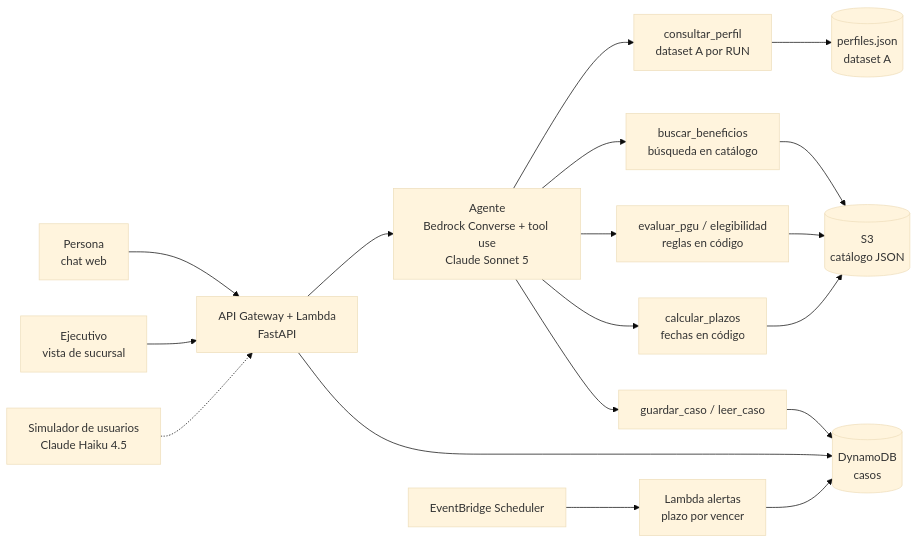
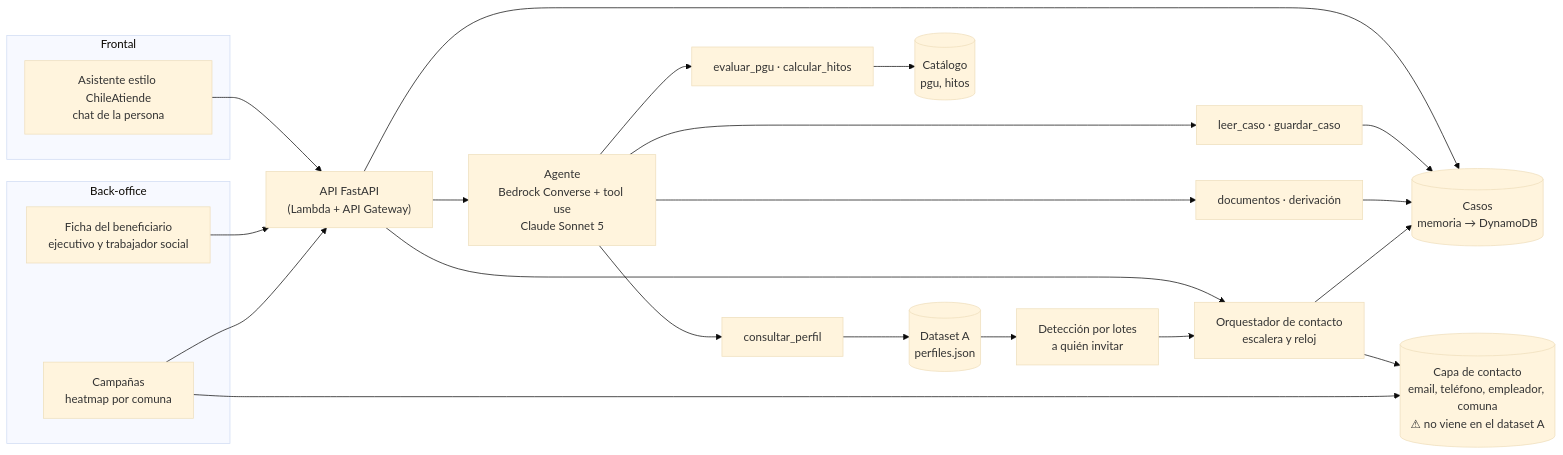
Before and after one commit to brunoponcem/hackaton-aws: the second of 2 diagrams in 20-arquitectura/arquitectura-chileatiende.md, drawn with Mermaid (base theme). The commit also changed other lines of this file and 6 other files, not shown here.

First line of the commit message:
Reestructurar idea central: asistente, contacto escalonado y heatmap

````diff
--- a/20-arquitectura/arquitectura-chileatiende.md
+++ b/20-arquitectura/arquitectura-chileatiende.md
@@ -11,20 +29,29 @@
 ```mermaid
 flowchart LR
-  P[Persona<br/>chat web] --> API
-  E[Ejecutivo<br/>vista de sucursal] --> API
-  API[API Gateway + Lambda<br/>FastAPI] --> AG[Agente<br/>Bedrock Converse + tool use<br/>Claude Sonnet 5]
-  AG --> T0[consultar_perfil<br/>dataset A por RUN]
-  T0 --> DS[(perfiles.json<br/>dataset A)]
-  AG --> T1[buscar_beneficios<br/>búsqueda en catálogo]
-  AG --> T2[evaluar_pgu / elegibilidad<br/>reglas en código]
-  AG --> T3[calcular_plazos<br/>fechas en código]
-  AG --> T4[guardar_caso / leer_caso]
-  T1 --> CAT[(S3<br/>catálogo JSON)]
-  T2 --> CAT
-  T3 --> CAT
-  T4 --> DB[(DynamoDB<br/>casos)]
-  API --> DB
-  SCH[EventBridge Scheduler] --> AL[Lambda alertas<br/>plazo por vencer]
-  AL --> DB
-  SIM[Simulador de usuarios<br/>Claude Haiku 4.5] -.-> API
+  subgraph Frontal
+    P["Asistente estilo ChileAtiende<br/>chat de la persona"]
+  end
+  subgraph BackOffice["Back-office"]
+    E["Ficha del beneficiario<br/>ejecutivo y trabajador social"]
+    M["Campañas<br/>heatmap por comuna"]
+  end
+  P --> API
+  E --> API
+  M --> API
+  API["API FastAPI<br/>(Lambda + API Gateway)"] --> AG["Agente<br/>Bedrock Converse + tool use<br/>Claude Sonnet 5"]
+  API --> CT["Orquestador de contacto<br/>escalera y reloj"]
+  API --> DB[("Casos<br/>memoria → DynamoDB")]
+  AG --> TP["consultar_perfil"]
+  AG --> TR["evaluar_pgu · calcular_hitos"]
+  AG --> TD["documentos · derivación"]
+  AG --> TC["leer_caso · guardar_caso"]
+  TP --> DS[("Dataset A<br/>perfiles.json")]
+  TR --> CAT[("Catálogo<br/>pgu, hitos")]
+  TC --> DB
+  TD --> DB
+  CT --> DB
+  CT --> CX[("Capa de contacto<br/>email, teléfono, empleador, comuna<br/>⚠ no viene en el dataset A")]
+  M --> CX
+  DET["Detección por lotes<br/>a quién invitar"] --> CT
+  DS --> DET
 ```
````
